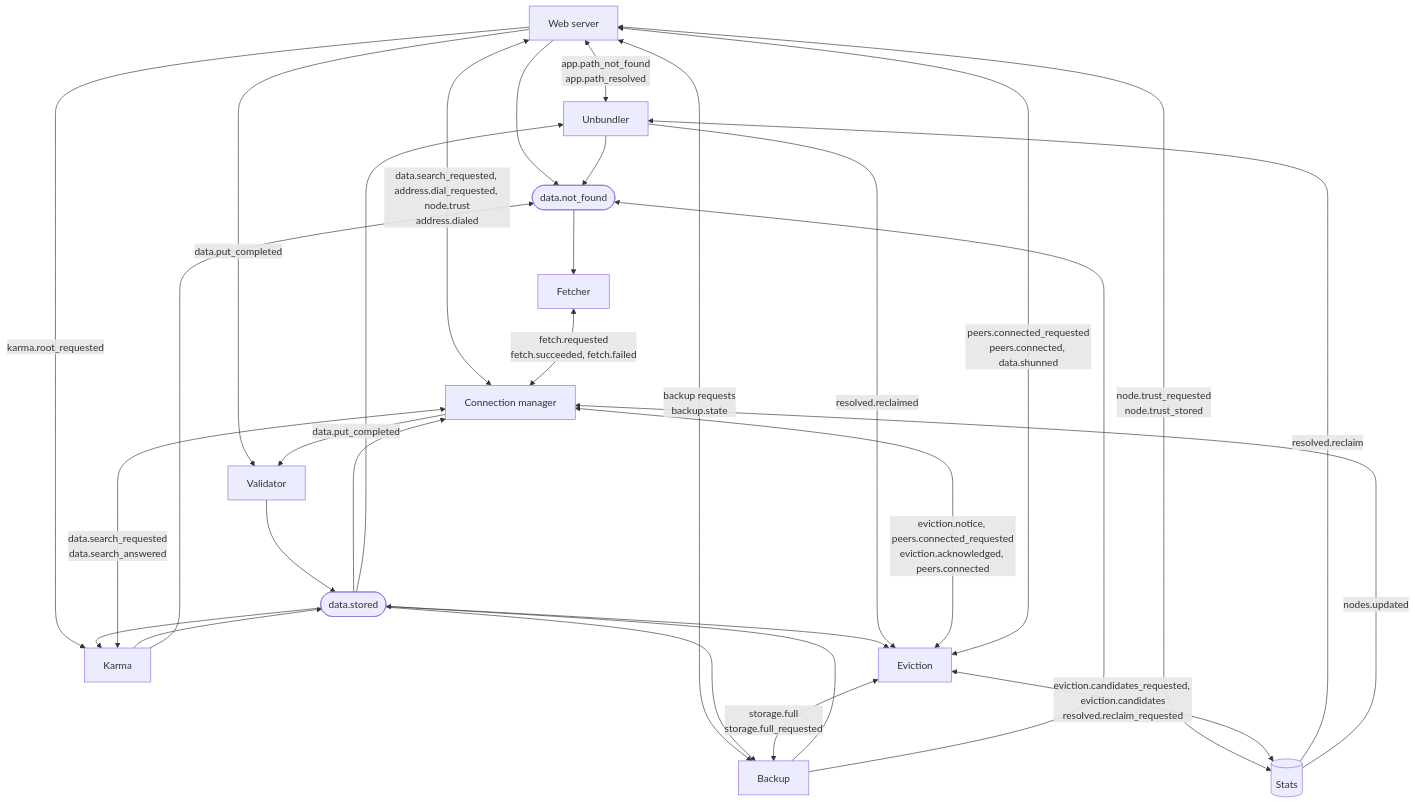
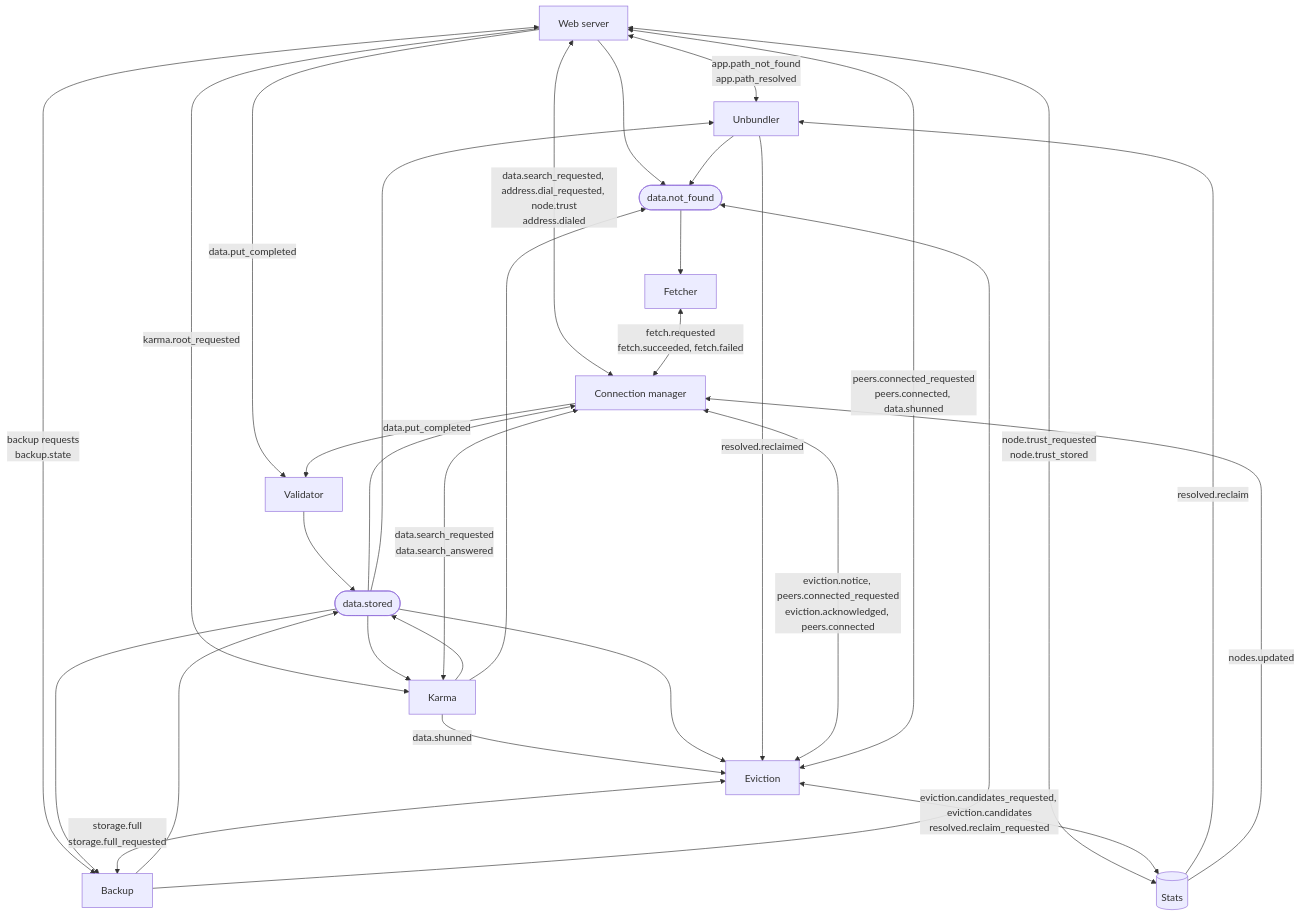
The eighth of 13 diagrams in docs/implementation/Module System.md (marcpage/libranet), drawn with Mermaid before and after one commit. The commit also changed other lines of this file and 12 other files, not shown here.

````diff
--- a/docs/implementation/Module System.md
+++ b/docs/implementation/Module System.md
@@ -1046,44 +1057,45 @@
 ```mermaid
 flowchart TB
     web["Web server"]
     unb["Unbundler"]
     backup["Backup"]
     karma["Karma"]
     val["Validator"]
     fetch["Fetcher"]
     conn["Connection manager"]
     evict["Eviction"]
     stats[("Stats")]
     stored(["data.stored"])
     missing(["data.not_found"])
 
     web <-->|"app.path_not_found<br/>app.path_resolved"| unb
     web <-->|"backup requests<br/>backup.state"| backup
     web -->|"data.put_completed"| val
     web <-->|"data.search_requested, address.dial_requested, node.trust<br/>address.dialed"| conn
     web <-->|"node.trust_requested<br/>node.trust_stored"| stats
     web -->|"karma.root_requested"| karma
     karma <-->|"data.search_requested<br/>data.search_answered"| conn
+    karma -->|"data.shunned"| evict
     conn -->|"data.put_completed"| val
     val --> stored
     backup --> stored
     karma --> stored
     stored --> conn
     stored --> evict
     stored --> backup
     stored --> unb
     stored --> karma
     web --> missing
     unb --> missing
     backup --> missing
     karma --> missing
     missing --> fetch
     fetch <-->|"fetch.requested<br/>fetch.succeeded, fetch.failed"| conn
     evict <-->|"eviction.notice, peers.connected_requested<br/>eviction.acknowledged, peers.connected"| conn
     evict <-->|"peers.connected_requested<br/>peers.connected, data.shunned"| web
     evict <-->|"storage.full<br/>storage.full_requested"| backup
     evict <-->|"eviction.candidates_requested, eviction.candidates<br/>resolved.reclaim_requested"| stats
     stats -->|"resolved.reclaim"| unb
     unb -->|"resolved.reclaimed"| evict
     stats -->|"nodes.updated"| conn
 ```
````
